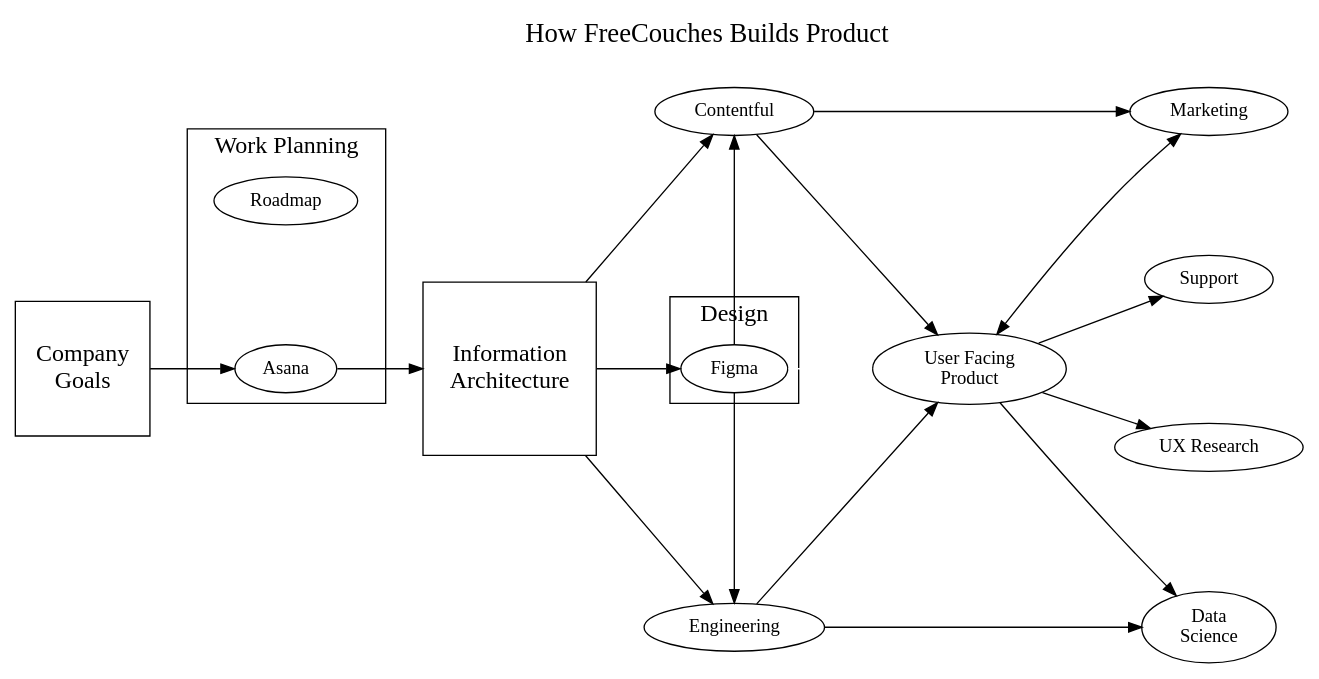
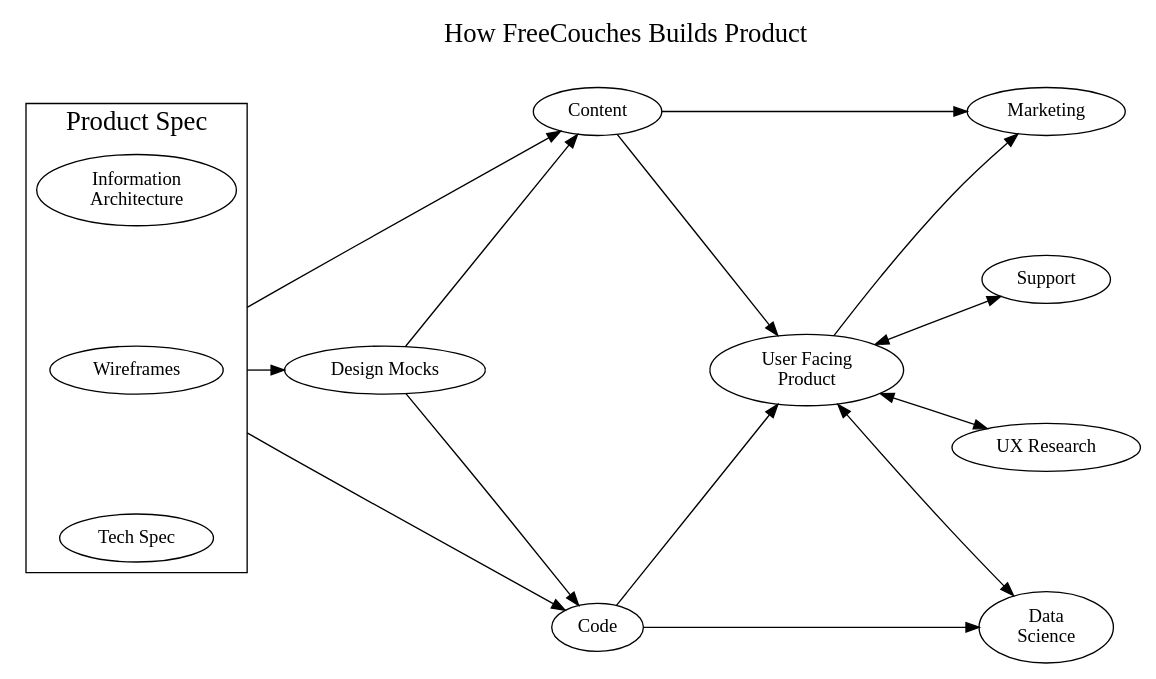
Before and after one commit to freecouches/freecouches: the diagram in _docs/product.dot, drawn with Graphviz.

Commit message:
will refine this as we go, revisiting later in sprint

```diff
--- a/_docs/product.dot
+++ b/_docs/product.dot
@@ -1,80 +1,78 @@
 digraph unix {
     //overall graph
     rankdir="LR";
     nodesep=1.25;
+    compound=true; 
 
     //heading
     fontsize="20pt"
     label="How FreeCouches Builds Product\r\n";
     labelloc="t";
 
     // nodes 
-    company_goals [label="Company\nGoals";shape=square;fontsize="18pt"] 
-    subgraph cluster_work {
-        fontsize="18pt"
-        label="Work Planning"
-        roadmap [label="Roadmap"]
-        asana [label="Asana"]
+
+    subgraph cluster_product_spec {
+        label="Product Spec"
+        
+        info_arch [label="Information\nArchitecture"] 
+        wireframes [label="Wireframes"]
+        tech_spec [label="Tech Spec"]
+        
     }
-    info_arch [label="Information\nArchitecture";shape=square;fontsize="18pt"] 
 
-    subgraph cluster_design {
-        fontsize="18pt"
-        label="Design"
-        figma [label="Figma"] 
-    }
+    
+    wireframes -> mocks [ltail=cluster_product_spec]
+    wireframes -> content [ltail=cluster_product_spec]
+    wireframes -> code [ltail=cluster_product_spec]
+
     
 
-    subgraph cluster_content {
-        fontsize="18pt"
-        label="Content"
-        contentful [label="Contentful"] 
-    }
-    subgraph cluster_eng {
-        fontsize="18pt"
-        label="Engineering"
-        eng [label="Engineering"] 
+    mocks [label="Design Mocks"] 
+
+    code [label="Code"]
+
+    content [label="Content"] 
+
     
-    }
-    
+
+
     user_product [label="User Facing\nProduct"] 
     marketing [label="Marketing"]
     ux_research [label="UX Research"]
     support [label="Support"]
     data_science [label="Data\nScience"]
 
     // Node placement
     //// vertical node placement
-    {rank=same contentful; eng};
     {rank=same marketing; data_science};
     {rank=same ux_research; support};
 
     //// horizontal node placement
-    company_goals[group=g1];asana[group=g1];info_arch[group=g1];figma[group=g1];user_product[group=g1];
-
-    contentful[group=g2];marketing[group=g2];
     
-    eng[group=g3];data_science[group=g3];
+    info_arch[group=g2];content[group=g2];marketing[group=g2];
+    wireframes[group=g1];mocks[group=g1];user_product[group=g1];
+    tech_spec[group=g3];code[group=g3];data_science[group=g3];
 
     // connections
-    company_goals -> asana -> info_arch -> figma
-    figma->user_product[color=white;dir=none];
 
-    info_arch -> contentful
-    info_arch -> eng
+    mocks->user_product[color=white;dir=none];
 
-    figma -> contentful
-    figma -> eng
+    
 
-    contentful -> user_product
-    contentful -> marketing
+    
 
-    eng -> user_product
-    eng -> data_science
+    mocks -> content
+    mocks -> code
 
-    user_product -> marketing [dir="both"];
-    user_product -> ux_research;
-    user_product -> support;
-    user_product -> data_science;
+    content -> user_product
+    content -> marketing
+
+    code -> user_product
+    code -> data_science
+
+    user_product -> marketing;
+    user_product -> ux_research [dir="both"];
+    user_product -> support [dir="both"];
+    user_product -> data_science [dir="both"];
     
 }
```
